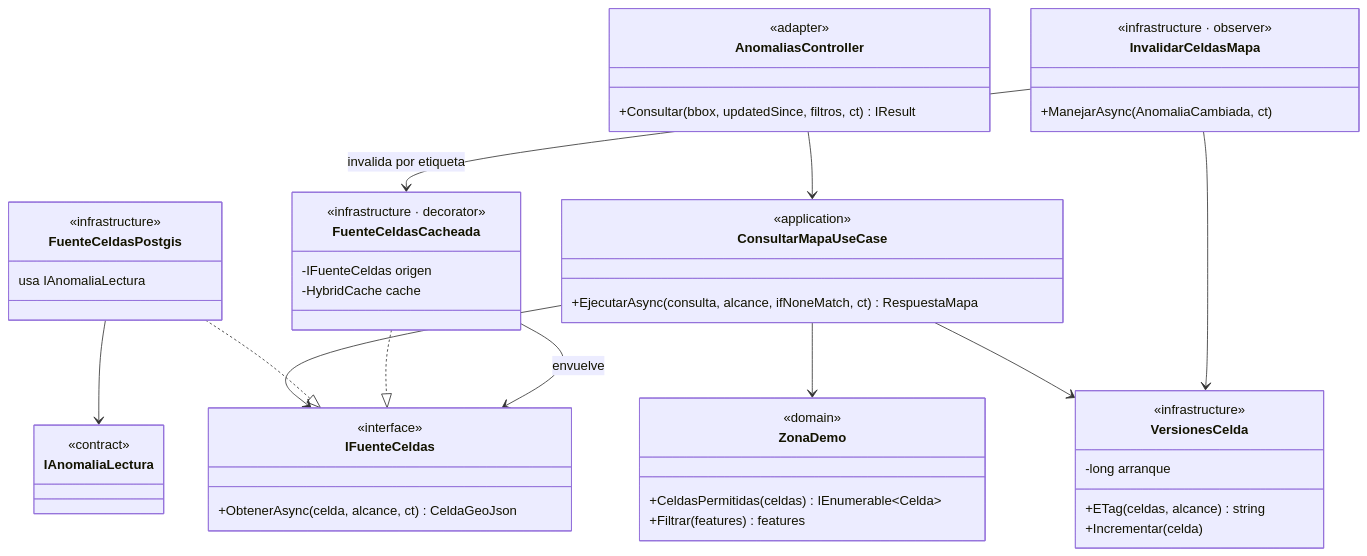
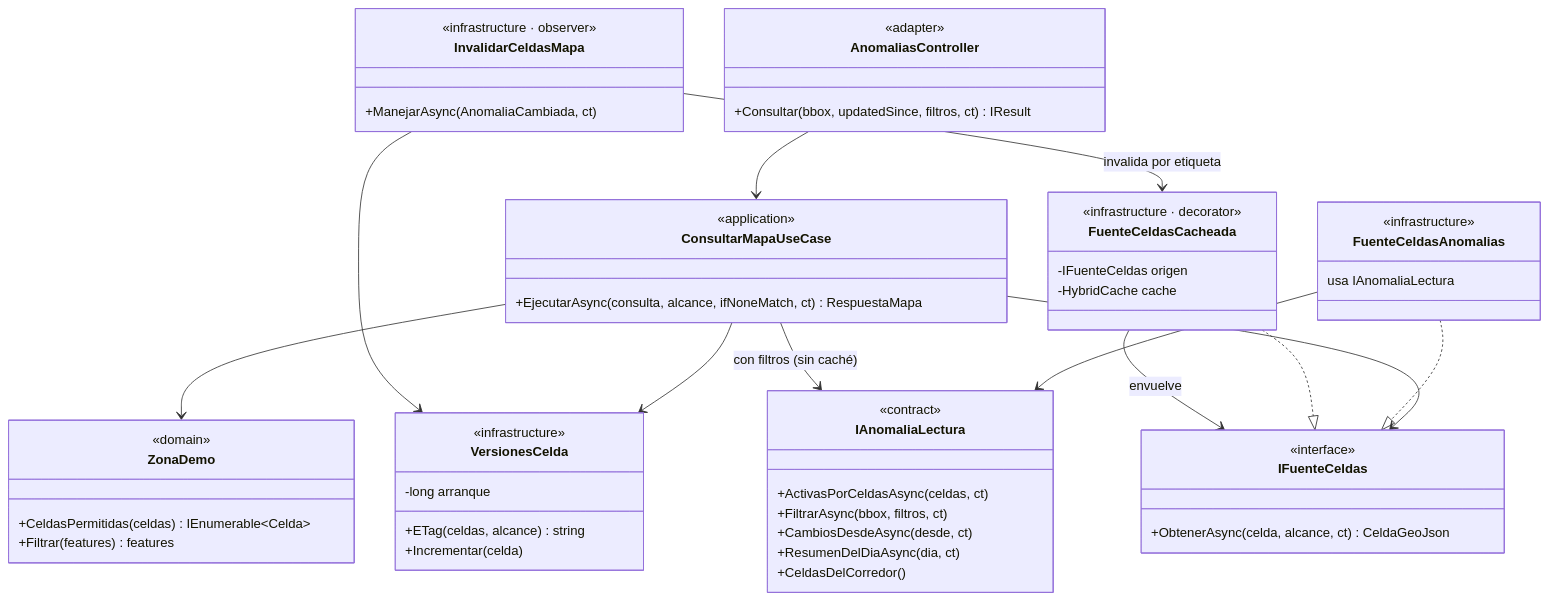
The fifth of 6 diagrams in docs/04-modelo-C4/Nivel4-diagrama-de-codigo.md (Crisso29/KillaUru_Sprint01), drawn with Mermaid before and after one commit. The commit also changed other lines of this file and 443 other files, not shown here.

````diff
--- a/docs/04-modelo-C4/Nivel4-diagrama-de-codigo.md
+++ b/docs/04-modelo-C4/Nivel4-diagrama-de-codigo.md
@@ -287,53 +290,59 @@
 ```mermaid
 classDiagram
     class AnomaliasController {
         <<adapter>>
         +Consultar(bbox, updatedSince, filtros, ct) IResult
     }
     class ConsultarMapaUseCase {
         <<application>>
         +EjecutarAsync(consulta, alcance, ifNoneMatch, ct) RespuestaMapa
     }
     class IFuenteCeldas {
         <<interface>>
         +ObtenerAsync(celda, alcance, ct) CeldaGeoJson
     }
-    class FuenteCeldasPostgis {
+    class FuenteCeldasAnomalias {
         <<infrastructure>>
         usa IAnomaliaLectura
     }
     class FuenteCeldasCacheada {
         <<infrastructure · decorator>>
         -IFuenteCeldas origen
         -HybridCache cache
     }
     class VersionesCelda {
         <<infrastructure>>
         -long arranque
         +ETag(celdas, alcance) string
         +Incrementar(celda)
     }
     class ZonaDemo {
         <<domain>>
         +CeldasPermitidas(celdas) IEnumerable~Celda~
         +Filtrar(features) features
     }
     class InvalidarCeldasMapa {
         <<infrastructure · observer>>
         +ManejarAsync(AnomaliaCambiada, ct)
     }
     class IAnomaliaLectura {
         <<contract>>
+        +ActivasPorCeldasAsync(celdas, ct)
+        +FiltrarAsync(bbox, filtros, ct)
+        +CambiosDesdeAsync(desde, ct)
+        +ResumenDelDiaAsync(dia, ct)
+        +CeldasDelCorredor()
     }
 
     AnomaliasController --> ConsultarMapaUseCase
     ConsultarMapaUseCase --> IFuenteCeldas
     ConsultarMapaUseCase --> VersionesCelda
     ConsultarMapaUseCase --> ZonaDemo
-    FuenteCeldasPostgis ..|> IFuenteCeldas
+    FuenteCeldasAnomalias ..|> IFuenteCeldas
     FuenteCeldasCacheada ..|> IFuenteCeldas
     FuenteCeldasCacheada --> IFuenteCeldas : envuelve
-    FuenteCeldasPostgis --> IAnomaliaLectura
+    FuenteCeldasAnomalias --> IAnomaliaLectura
+    ConsultarMapaUseCase --> IAnomaliaLectura : con filtros (sin caché)
     InvalidarCeldasMapa --> VersionesCelda
     InvalidarCeldasMapa --> FuenteCeldasCacheada : invalida por etiqueta
 ```
````
